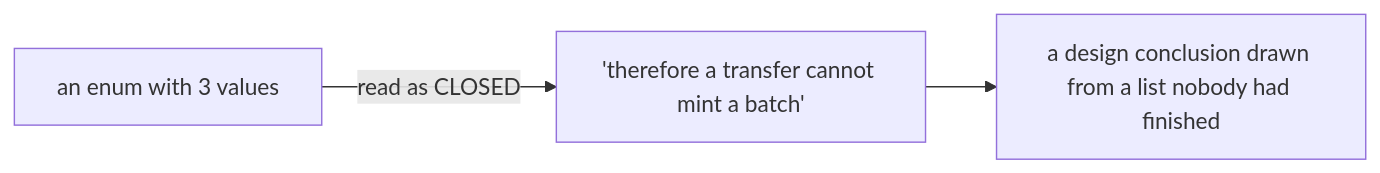
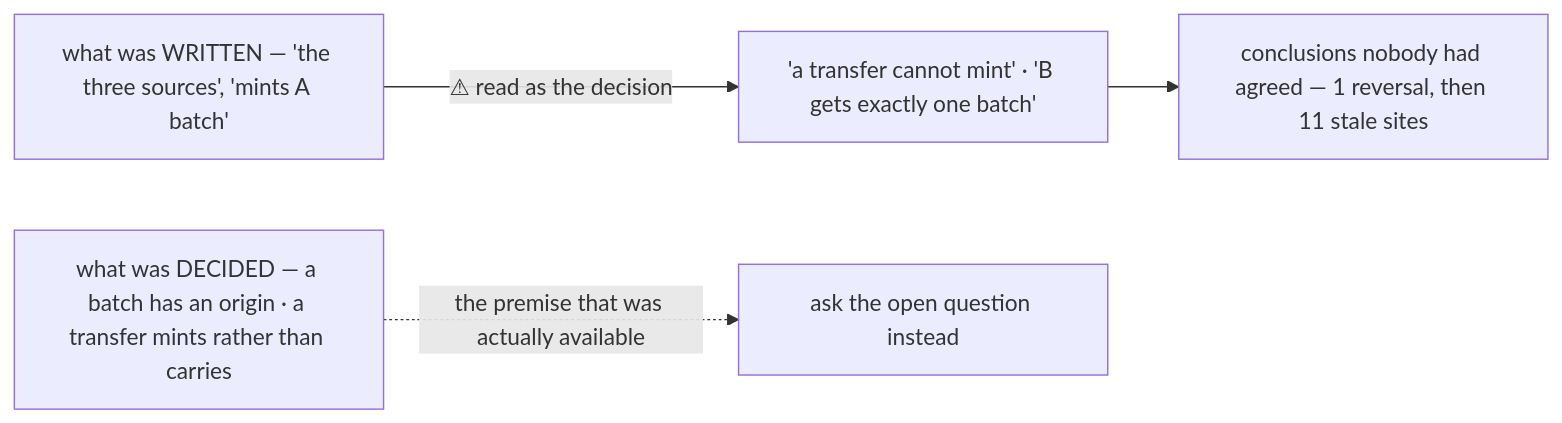
Diagram 37 of 42 in disscuss/architecture/stock_movement_log.md (pdcgo/warehouse_revamp), drawn with Mermaid before and after one commit. The commit also changed other lines of this file and 28 other files, not shown here.

````diff
--- a/disscuss/architecture/stock_movement_log.md
+++ b/disscuss/architecture/stock_movement_log.md
@@ -1959,5 +2115,8 @@
 ```mermaid
 flowchart LR
-  E["an enum with 3 values"] -->|"read as CLOSED"| C["'therefore a transfer cannot mint a batch'"]
-  C --> X["a design conclusion drawn from a list nobody had finished"]
+  W["what was WRITTEN — 'the three sources', 'mints A batch'"]
+  D["what was DECIDED — a batch has an origin · a transfer mints rather than carries"]
+  W -->|"⚠ read as the decision"| C["'a transfer cannot mint' · 'B gets exactly one batch'"]
+  C --> X["conclusions nobody had agreed — 1 reversal, then 11 stale sites"]
+  D -.->|"the premise that was actually available"| OK["ask the open question instead"]
 ```
````
